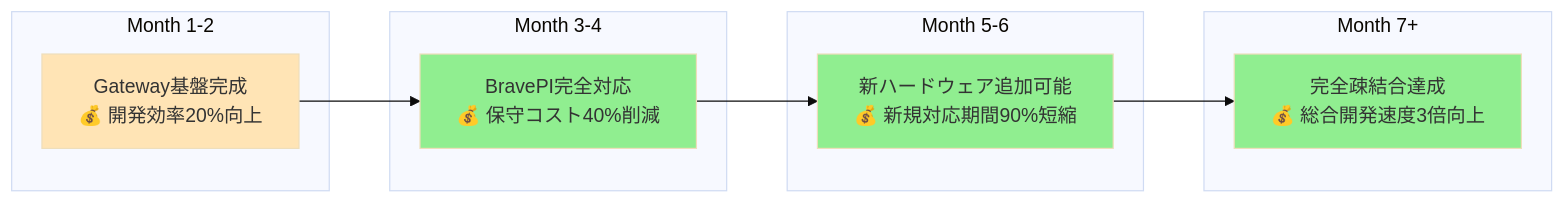
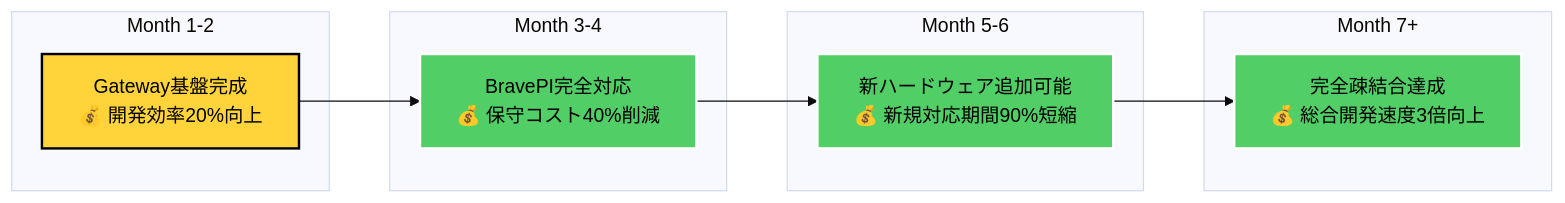
One commit to w-pinkietech/iot4-copy changed diagram 14 of 14 in docs/new-system/architecture/system-overview-diagrams.md. Above: the diagram before and after it, drawn with Mermaid (base theme). The commit also changed other lines of this file, not shown here.

First line of the commit message:
docs: Fix Mermaid syntax and improve dark mode colors in system diagrams

````diff
--- a/docs/new-system/architecture/system-overview-diagrams.md
+++ b/docs/new-system/architecture/system-overview-diagrams.md
@@ -498,25 +498,25 @@
 ```mermaid
 graph LR
     subgraph "Month 1-2"
         M1[Gateway基盤完成<br/>💰 開発効率20%向上]
     end
     
     subgraph "Month 3-4"
         M2[BravePI完全対応<br/>💰 保守コスト40%削減]
     end
     
     subgraph "Month 5-6"
         M3[新ハードウェア追加可能<br/>💰 新規対応期間90%短縮]
     end
     
     subgraph "Month 7+"
         M4[完全疎結合達成<br/>💰 総合開発速度3倍向上]
     end
     
     M1 --> M2 --> M3 --> M4
     
-    style M1 fill:#FFE4B5
-    style M2 fill:#90EE90
-    style M3 fill:#90EE90
-    style M4 fill:#90EE90
+    style M1 fill:#ffd43b,stroke:#000,stroke-width:2px,color:#000
+    style M2 fill:#51cf66,stroke:#fff,stroke-width:2px,color:#000
+    style M3 fill:#51cf66,stroke:#fff,stroke-width:2px,color:#000
+    style M4 fill:#51cf66,stroke:#fff,stroke-width:2px,color:#000
 ```
````
